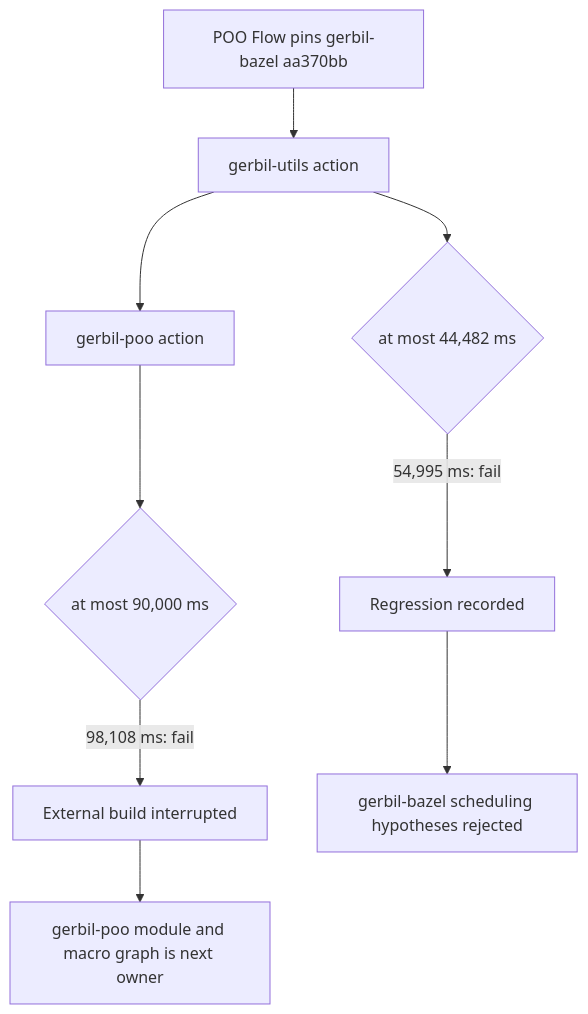
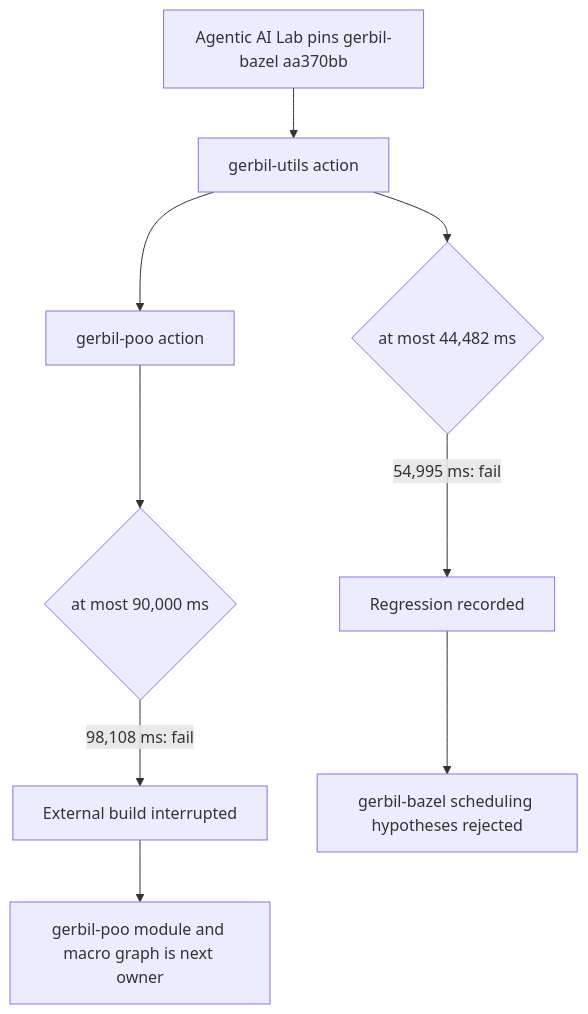
The second of 20 diagrams in module-system/design/156-gerbil-bazel-pr29-downstream-performance-receipt.org (tao3k/gebril-yuanxu), drawn with Mermaid before and after one commit. The commit also changed other lines of this file and 507 other files, not shown here.

```diff
--- a/module-system/design/156-gerbil-bazel-pr29-downstream-performance-receipt.org
+++ b/module-system/design/156-gerbil-bazel-pr29-downstream-performance-receipt.org
@@ -108,12 +108,12 @@
 #+begin_src mermaid
 flowchart TD
-  Pin["POO Flow pins gerbil-bazel aa370bb"] --> Utils["gerbil-utils action"]
+  Pin["Agentic AI Lab pins gerbil-bazel aa370bb"] --> Utils["gerbil-utils action"]
   Utils --> UtilsGate{"at most 44,482 ms"}
   UtilsGate -->|"54,995 ms: fail"| Stop1["Regression recorded"]
   Utils --> Poo["gerbil-poo action"]
   Poo --> PooGate{"at most 90,000 ms"}
   PooGate -->|"98,108 ms: fail"| Stop2["External build interrupted"]
 
   Stop1 --> Library["gerbil-bazel scheduling hypotheses rejected"]
   Stop2 --> Owner["gerbil-poo module and macro graph is next owner"]
 #+end_src
```
